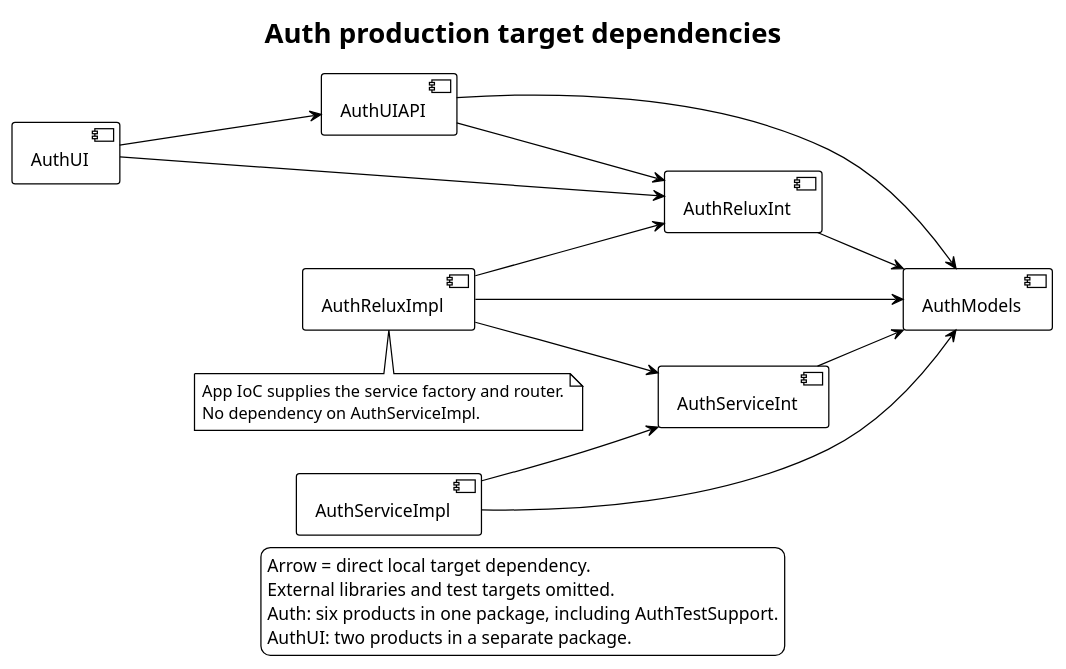
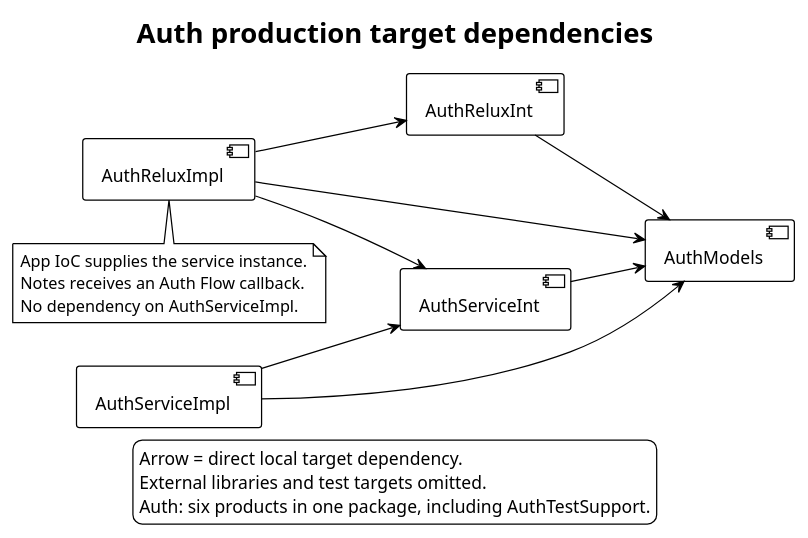
One commit to relux-works/relux-sample changed the diagram in diagrams/plantuml/component/auth-dependencies.puml. Above: the diagram before and after it, drawn with PlantUML. The commit also changed 99 other files, not shown here.

```diff
--- a/diagrams/plantuml/component/auth-dependencies.puml
+++ b/diagrams/plantuml/component/auth-dependencies.puml
@@ -1,33 +1,27 @@
 @startuml
 !theme plain
 left to right direction
 title Auth production target dependencies
-component AuthUI
-component AuthUIAPI
 component AuthReluxImpl
 component AuthReluxInt
 component AuthServiceImpl
 component AuthServiceInt
 component AuthModels
-AuthUI --> AuthUIAPI
-AuthUI --> AuthReluxInt
-AuthUIAPI --> AuthReluxInt
-AuthUIAPI --> AuthModels
 AuthReluxImpl --> AuthReluxInt
 AuthReluxImpl --> AuthServiceInt
 AuthReluxImpl --> AuthModels
 AuthReluxInt --> AuthModels
 AuthServiceImpl --> AuthServiceInt
 AuthServiceImpl --> AuthModels
 AuthServiceInt --> AuthModels
 note bottom of AuthReluxImpl
-App IoC supplies the service factory and router.
+App IoC supplies the service instance.
+Notes receives an Auth Flow callback.
 No dependency on AuthServiceImpl.
 end note
 legend bottom
 Arrow = direct local target dependency.
 External libraries and test targets omitted.
 Auth: six products in one package, including AuthTestSupport.
-AuthUI: two products in a separate package.
 endlegend
 @enduml
```
